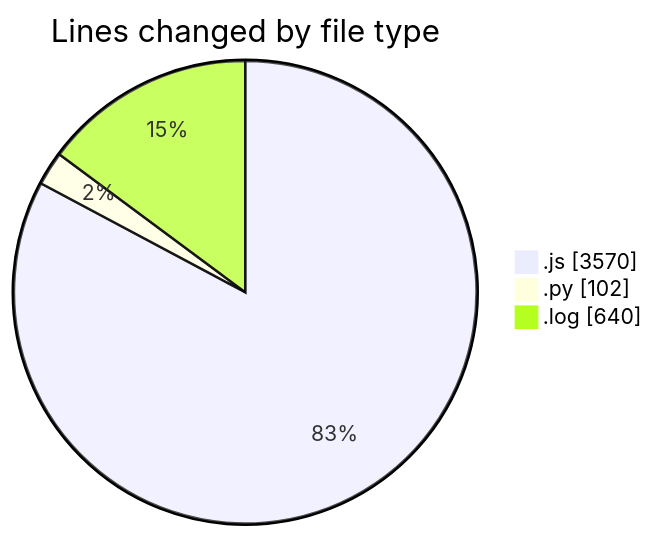
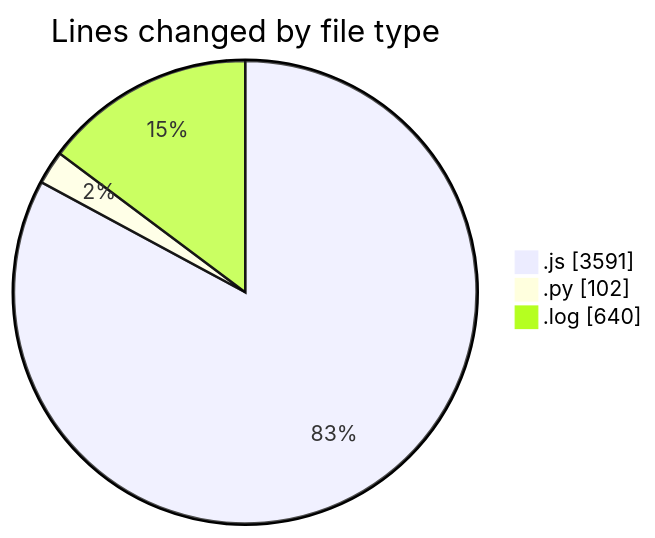
The first of 2 diagrams in 2025-04-16/nxtqube_webapp/README.md (nxtqubesakshisongat/code-tracking), drawn with Mermaid before and after one commit. The commit also changed other lines of this file and 1 other file, not shown here.

````diff
--- a/2025-04-16/nxtqube_webapp/README.md
+++ b/2025-04-16/nxtqube_webapp/README.md
@@ -24,7 +24,7 @@
 ```mermaid
 pie showData
 title Lines changed by file type
-".js" : 3570
+".js" : 3591
 ".py" : 102
 ".log" : 640
 ```
````
